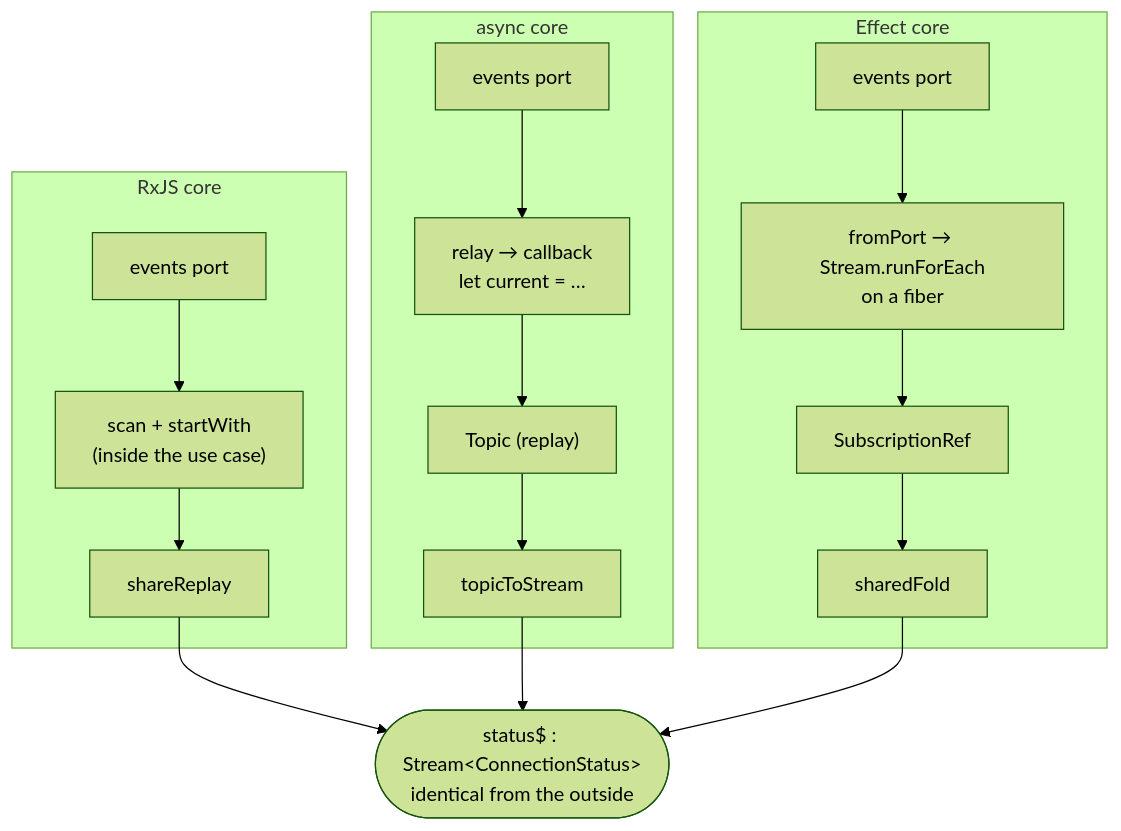
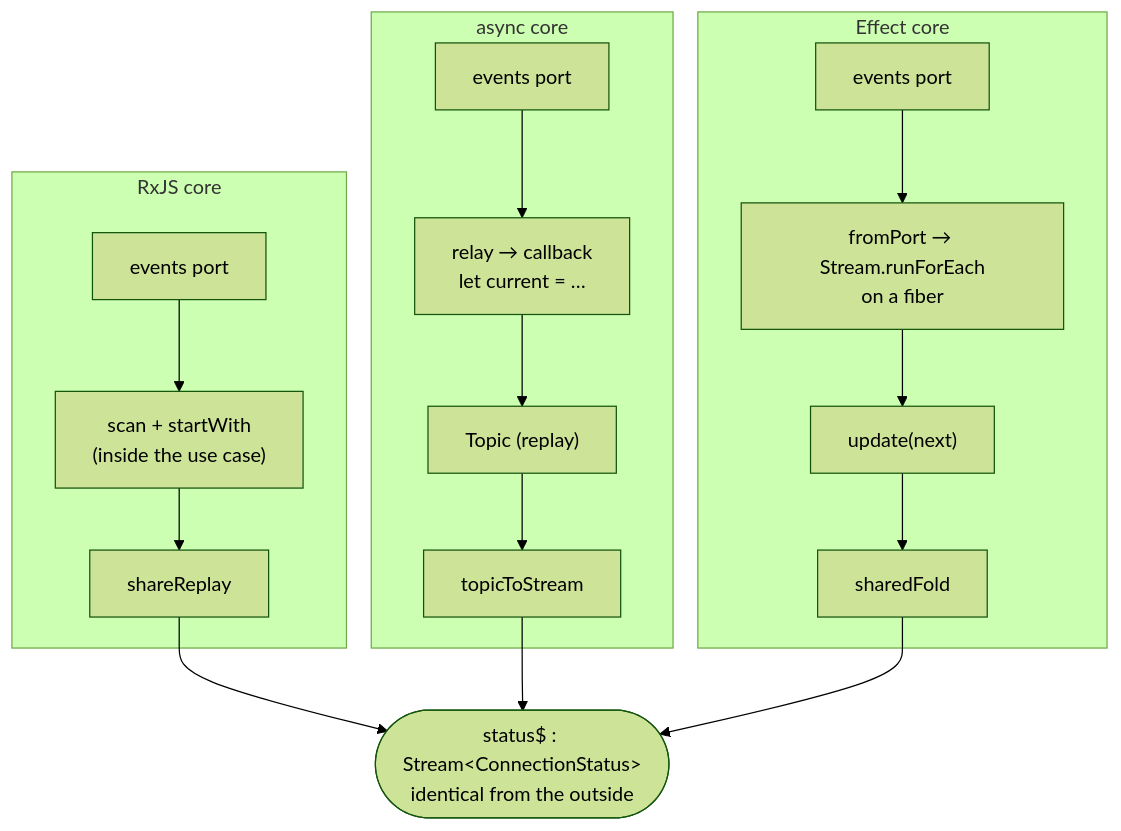
The seventh of 17 diagrams in docs/architecture/23-application-cores-explained.md (bettersoftware-io/ReactiveTraderCloudClone), drawn with Mermaid (forest theme) before and after one commit. The commit also changed other lines of this file and 8 other files, not shown here.

````diff
--- a/docs/architecture/23-application-cores-explained.md
+++ b/docs/architecture/23-application-cores-explained.md
@@ -474,25 +475,25 @@
 ```mermaid
 flowchart TD
   subgraph rxjs["RxJS core"]
     r1["events port"] --> r2["scan + startWith<br/>(inside the use case)"]
     r2 --> r3["shareReplay"]
   end
 
   subgraph async["async core"]
     a1["events port"] --> a2["relay → callback<br/>let current = …"]
     a2 --> a3["Topic (replay)"]
     a3 --> a4["topicToStream"]
   end
 
   subgraph effect["Effect core"]
     e1["events port"] --> e2["fromPort → Stream.runForEach<br/>on a fiber"]
-    e2 --> e3["SubscriptionRef"]
+    e2 --> e3["update(next)"]
     e3 --> e4["sharedFold"]
   end
 
   out(["status$ : Stream#lt;ConnectionStatus#gt;<br/>identical from the outside"])
 
   r3 --> out
   a4 --> out
   e4 --> out
 ```
````
